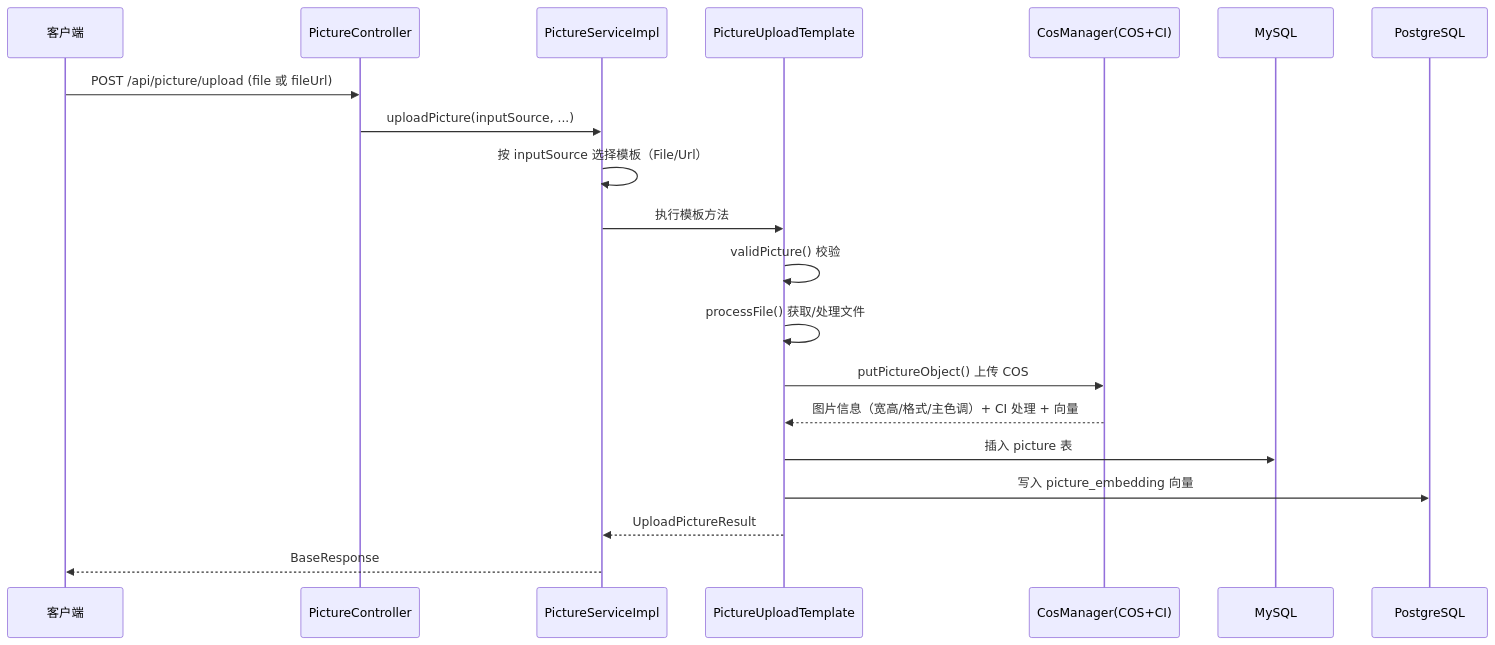
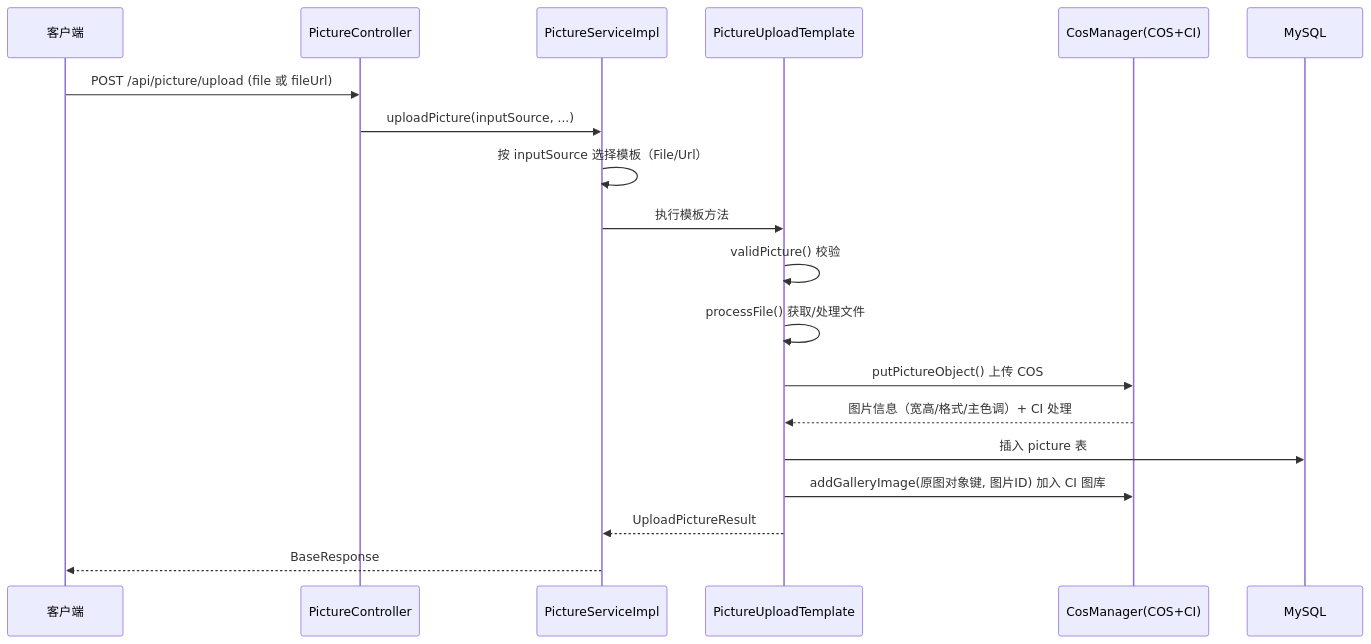
The fourth of 6 diagrams in docs/backend/详细设计文档.md (ylumqaq/cloud-gallery), drawn with Mermaid before and after one commit. The commit also changed other lines of this file and 30 other files, not shown here.

Commit message:
删除以图搜图策略模式，仅保留腾讯云 CI 托管图片检索

````diff
--- a/docs/backend/详细设计文档.md
+++ b/docs/backend/详细设计文档.md
@@ -76,23 +76,22 @@
 ```mermaid
 sequenceDiagram
     participant C as 客户端
     participant Ctrl as PictureController
     participant S as PictureServiceImpl
     participant T as PictureUploadTemplate
     participant COS as CosManager(COS+CI)
     participant DB as MySQL
-    participant PG as PostgreSQL
 
     C->>Ctrl: POST /api/picture/upload (file 或 fileUrl)
     Ctrl->>S: uploadPicture(inputSource, ...)
     S->>S: 按 inputSource 选择模板（File/Url）
     S->>T: 执行模板方法
     T->>T: validPicture() 校验
     T->>T: processFile() 获取/处理文件
     T->>COS: putPictureObject() 上传 COS
-    COS-->>T: 图片信息（宽高/格式/主色调）+ CI 处理 + 向量
+    COS-->>T: 图片信息（宽高/格式/主色调）+ CI 处理
     T->>DB: 插入 picture 表
-    T->>PG: 写入 picture_embedding 向量
+    T->>COS: addGalleryImage(原图对象键, 图片ID) 加入 CI 图库
     T-->>S: UploadPictureResult
     S-->>C: BaseResponse
 ```
````
